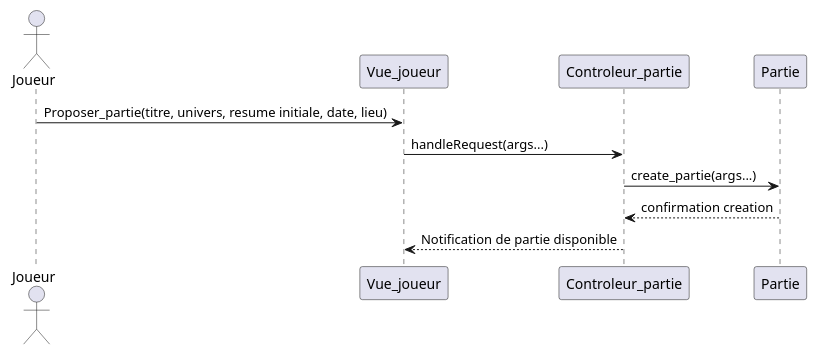
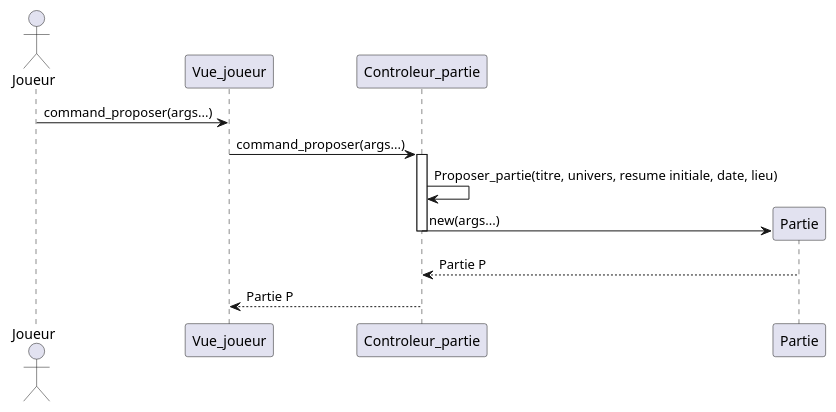
The diagram in diagrams/sequence_technique_proposer_partie.wsd (Stefy237/projet-gl), drawn with PlantUML before and after one commit. The commit also changed 46 other files, not shown here.

```diff
--- a/diagrams/sequence_technique_proposer_partie.wsd
+++ b/diagrams/sequence_technique_proposer_partie.wsd
@@ -1,11 +1,17 @@
 @startuml
 actor Joueur
-Joueur -> Vue_joueur: Proposer_partie(titre, univers, resume initiale, date, lieu)
-Vue_joueur -> Controleur_partie: handleRequest(args...)
-Controleur_partie-> Partie: create_partie(args...)
-Partie --> Controleur_partie: confirmation creation
-Controleur_partie--> Vue_joueur: Notification de partie disponible
+
+Joueur -> Vue_joueur: command_proposer(args...)
+Vue_joueur -> Controleur_partie: command_proposer(args...)
+activate Controleur_partie
+Controleur_partie -> Controleur_partie : Proposer_partie(titre, univers, resume initiale, date, lieu)
+create Partie
+
+Controleur_partie-> Partie: new(args...)
+deactivate Controleur_partie
+Partie --> Controleur_partie: Partie P
+Controleur_partie--> Vue_joueur: Partie P
 
 
 
 @enduml
```
